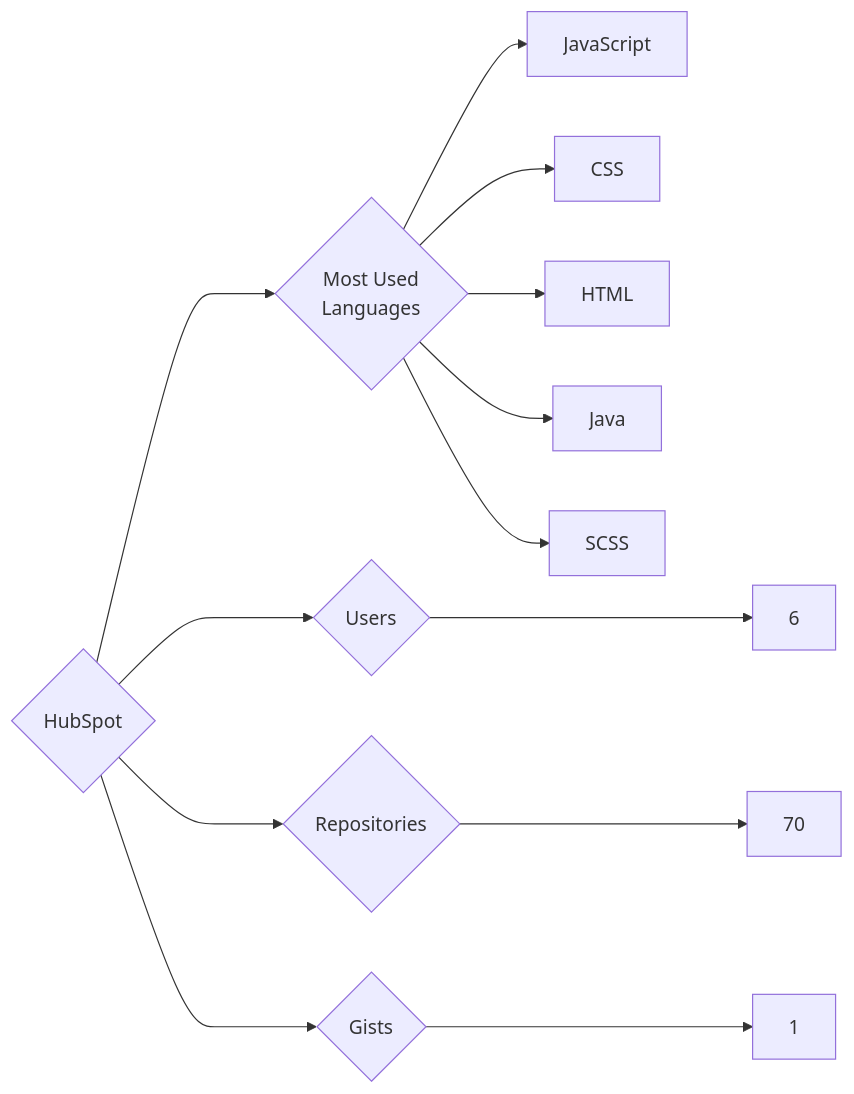
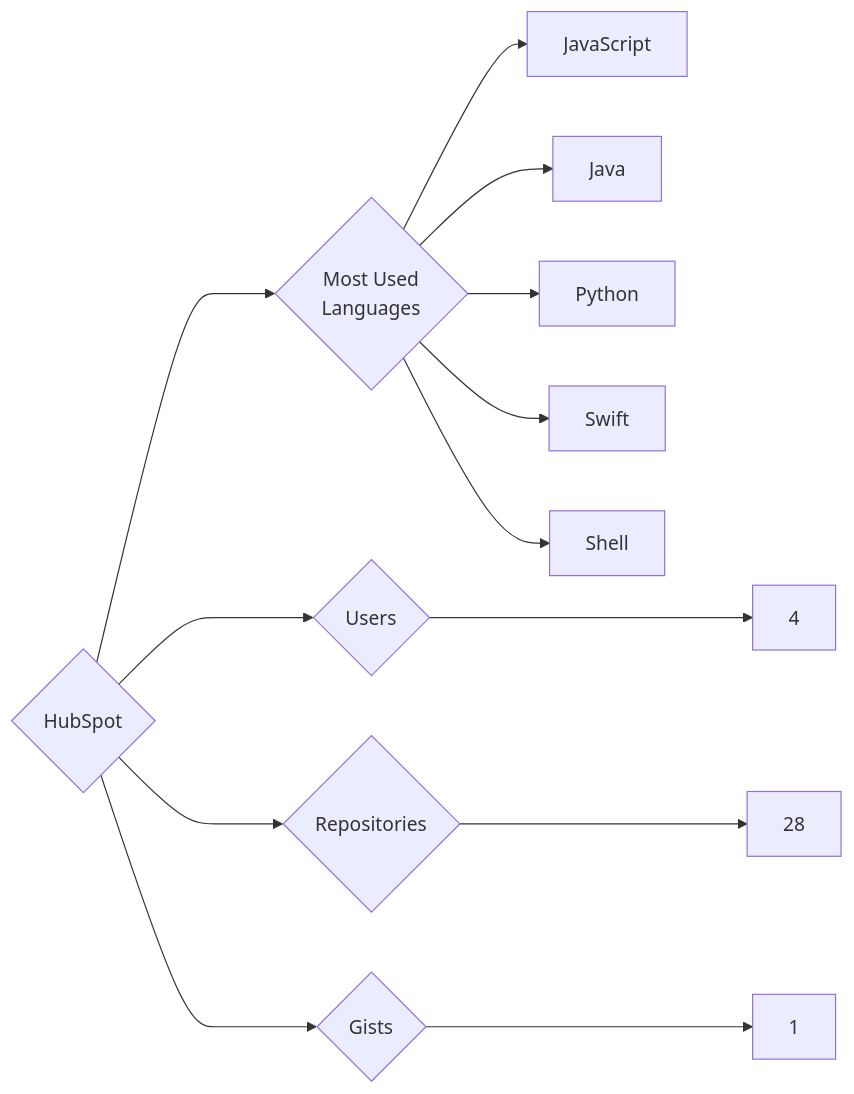
Before and after one commit to trickest/insiders: the diagram in targets/HubSpot/README.md, drawn with Mermaid. The commit also changed 1149 other files, not shown here.

````diff
--- a/targets/HubSpot/README.md
+++ b/targets/HubSpot/README.md
@@ -3,13 +3,13 @@
 ```mermaid
 graph LR
 COMPANY_NAME{HubSpot}
-COMPANY_NAME ---> U{Users} ---> UN[6]
-COMPANY_NAME ---> R{Repositories} ---> RN[70]
+COMPANY_NAME ---> U{Users} ---> UN[4]
+COMPANY_NAME ---> R{Repositories} ---> RN[28]
 COMPANY_NAME ---> G{Gists} ---> GN[1]
 COMPANY_NAME ---> ML{Most Used<br>Languages}
 ML --> JavaScript[JavaScript]
-ML --> CSS[CSS]
-ML --> HTML[HTML]
 ML --> Java[Java]
-ML --> SCSS[SCSS]
+ML --> Python[Python]
+ML --> Swift[Swift]
+ML --> Shell[Shell]
 ```
````
